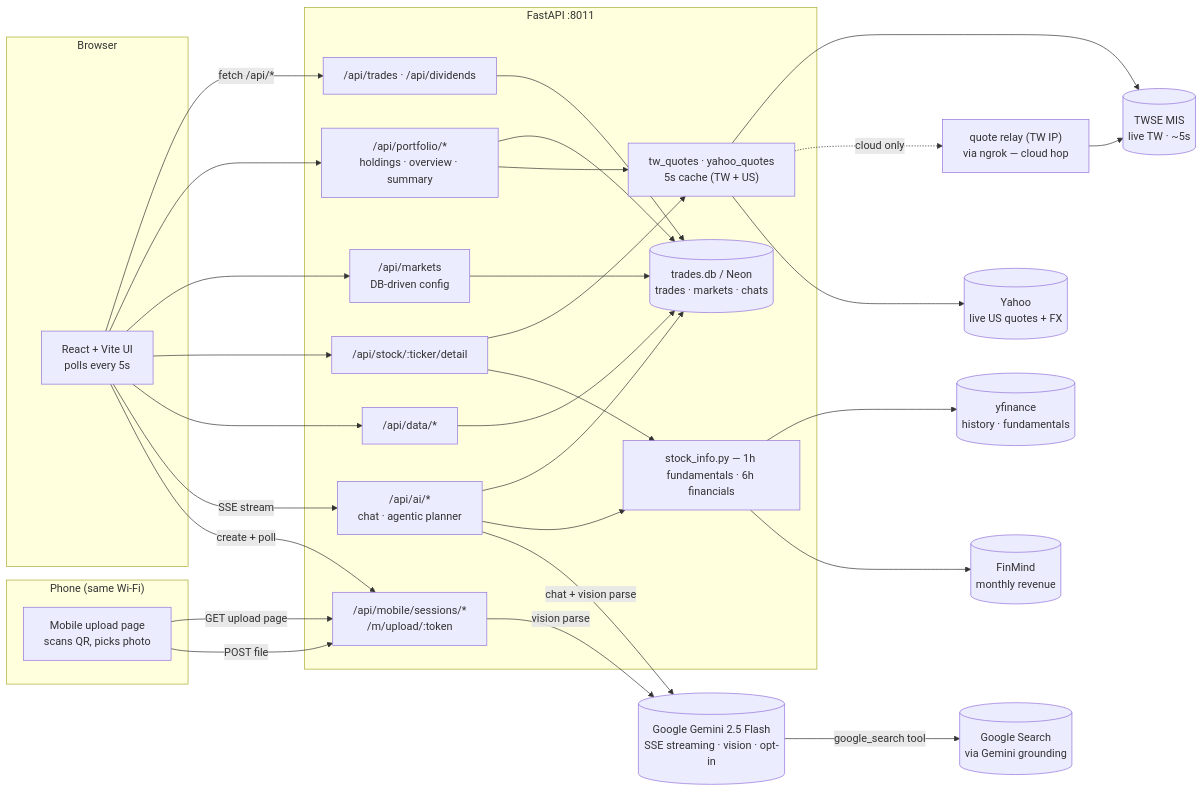
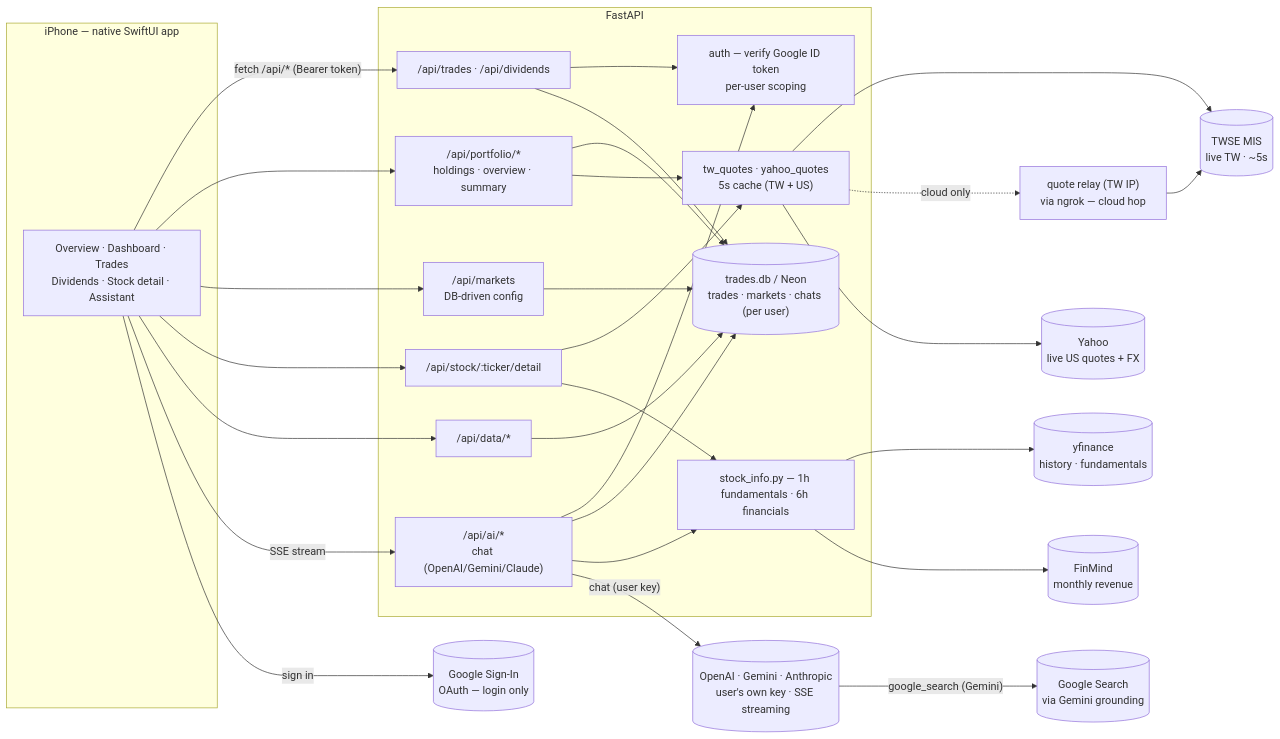
Before and after one commit to jimmy19981226/stock-tracker: the diagram in README.md, drawn with Mermaid. The commit also changed other lines of this file, not shown here.

First line of the commit message:
docs: refresh README for iOS + multi-provider AI + auth

````diff
--- a/README.md
+++ b/README.md
@@ -110,56 +98,53 @@
 ```mermaid
 flowchart LR
-  subgraph Browser
-    UI[React + Vite UI<br/>polls every 5s]
+  subgraph iPhone["iPhone — native SwiftUI app"]
+    UI[Overview · Dashboard · Trades<br/>Dividends · Stock detail · Assistant]
   end
-  subgraph Phone["Phone (same Wi-Fi)"]
-    PhonePage[Mobile upload page<br/>scans QR, picks photo]
-  end
-  subgraph Backend["FastAPI :8011"]
+  subgraph Backend["FastAPI"]
     Trades["/api/trades · /api/dividends"]
     Portfolio["/api/portfolio/*<br/>holdings · overview · summary"]
     Markets["/api/markets<br/>DB-driven config"]
     Stock["/api/stock/:ticker/detail"]
     Data["/api/data/*"]
-    AI["/api/ai/*<br/>chat · agentic planner"]
-    Mobile["/api/mobile/sessions/*<br/>/m/upload/:token"]
+    AI["/api/ai/*<br/>chat (OpenAI/Gemini/Claude)"]
+    Auth["auth — verify Google ID token<br/>per-user scoping"]
     Quotes["tw_quotes · yahoo_quotes<br/>5s cache (TW + US)"]
     SInfo["stock_info.py — 1h fundamentals · 6h financials"]
-    DB[("trades.db / Neon<br/>trades · markets · chats")]
+    DB[("trades.db / Neon<br/>trades · markets · chats (per user)")]
   end
+  Google[("Google Sign-In<br/>OAuth — login only")]
   TWSE[("TWSE MIS<br/>live TW · ~5s")]
   Relay["quote relay (TW IP)<br/>via ngrok — cloud hop"]
   YLive[("Yahoo<br/>live US quotes + FX")]
   YF[("yfinance<br/>history · fundamentals")]
   FM[("FinMind<br/>monthly revenue")]
-  Gemini[("Google Gemini 2.5 Flash<br/>SSE streaming · vision · opt-in")]
+  LLM[("OpenAI · Gemini · Anthropic<br/>user's own key · SSE streaming")]
   GSearch[("Google Search<br/>via Gemini grounding")]
 
-  UI -- "fetch /api/*" --> Trades
+  UI -- "fetch /api/* (Bearer token)" --> Trades
   UI --> Portfolio
   UI --> Markets
   UI --> Stock
   UI --> Data
   UI -- "SSE stream" --> AI
-  UI -- "create + poll" --> Mobile
-  PhonePage -- "GET upload page" --> Mobile
-  PhonePage -- "POST file" --> Mobile
+  UI -- "sign in" --> Google
+  Trades --> Auth
+  AI --> Auth
   Trades --> DB
   Data --> DB
   Portfolio --> DB
   Markets --> DB
   Portfolio --> Quotes
   Stock --> Quotes
   Stock --> SInfo
   AI --> DB
   AI --> SInfo
-  AI -- "chat + vision parse" --> Gemini
-  Mobile -- "vision parse" --> Gemini
-  Gemini -- "google_search tool" --> GSearch
+  AI -- "chat (user key)" --> LLM
+  LLM -- "google_search (Gemini)" --> GSearch
   Quotes --> TWSE
   Quotes -. "cloud only" .-> Relay
   Relay --> TWSE
   Quotes --> YLive
   SInfo --> YF
   SInfo --> FM
 ```
````
